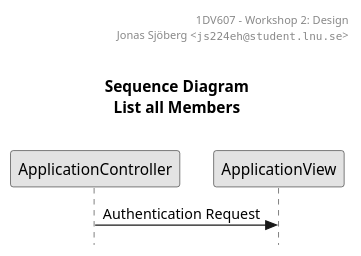
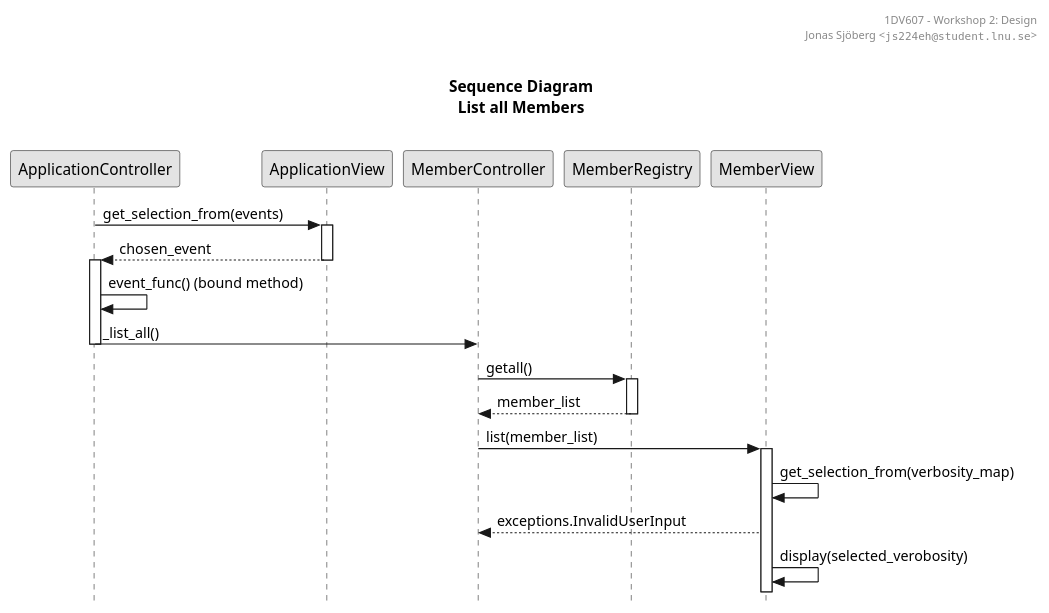
The diagram in workshop2/uml/seq_list-all-members.puml (jonasjberg/1dv607_workshop1), drawn with PlantUML before and after one commit. The commit also changed 2 other files, not shown here.

Commit message:
Add sequence diagram for listing all members.

```diff
--- a/workshop2/uml/seq_list-all-members.puml
+++ b/workshop2/uml/seq_list-all-members.puml
@@ -1,39 +11,50 @@
-' ~~~~~~~~~~~~~~~~~~~~~~~~~~~~~~~~~~~~~~~~~~~~~~~~~~~~~~
-' 1DV607 -- Object-Oriented Design and Analysis with UML
-' Workshop 2: Design
-' ~~~~~~~~~~~~~~~~~~~~~~~~~~~~~~~~~~~~~~~~~~~~~~~~~~~~~~
-' Created by Jonas Sjöberg (js224eh) on 2017-10-03.
-' Linnaeus University
-' ""js224eh@student.lnu.se""
-' ""http://www.jonasjberg.com""
-' ""https://github.com/jonasjberg""
-
+@startuml
 ' ______________________________________________________________________________
 ' ____ CONFIGURATION OPTIONS ___________________________________________________
 ' debug flag creates a 'svek.dot' and 'svek.svg' file in ~/
 ' !pragma svek_trace on
 ' allow_mixing
 
 skinparam {
     monochrome true
     'backgroundColor transparent
     classBackgroundColor transparent
     style strictuml
 }
 
 ' ______________________________________________________________________________
 ' ____ USECASE DIAGRAM _________________________________________________________
 
 header
 1DV607 - Workshop 2: Design
 Jonas Sjöberg <""js224eh@student.lnu.se"">
 end header
 
 title \nSequence Diagram\nList all Members\n
 
-ApplicationController -> ApplicationView: Authentication Request
-' Bob --> Alice: Authentication Response
+ApplicationController -> ApplicationView: get_selection_from(events)
+activate ApplicationView
 
-' Alice -> Bob: Another authentication Request
-' Alice <-- Bob: another authentication Response
+ApplicationController <-- ApplicationView: chosen_event
+deactivate ApplicationView
+
+activate ApplicationController
+
+ApplicationController -> ApplicationController: event_func() (bound method)
+
+ApplicationController -> MemberController: _list_all()
+deactivate ApplicationController
+
+MemberController -> MemberRegistry: getall()
+activate MemberRegistry
+MemberController <-- MemberRegistry: member_list
+deactivate MemberRegistry
+
+MemberController -> MemberView: list(member_list)
+activate MemberView
+
+MemberView -> MemberView: get_selection_from(verbosity_map)
+MemberController <-- MemberView: exceptions.InvalidUserInput
+MemberView -> MemberView: display(selected_verobosity)
+
 @enduml
```
